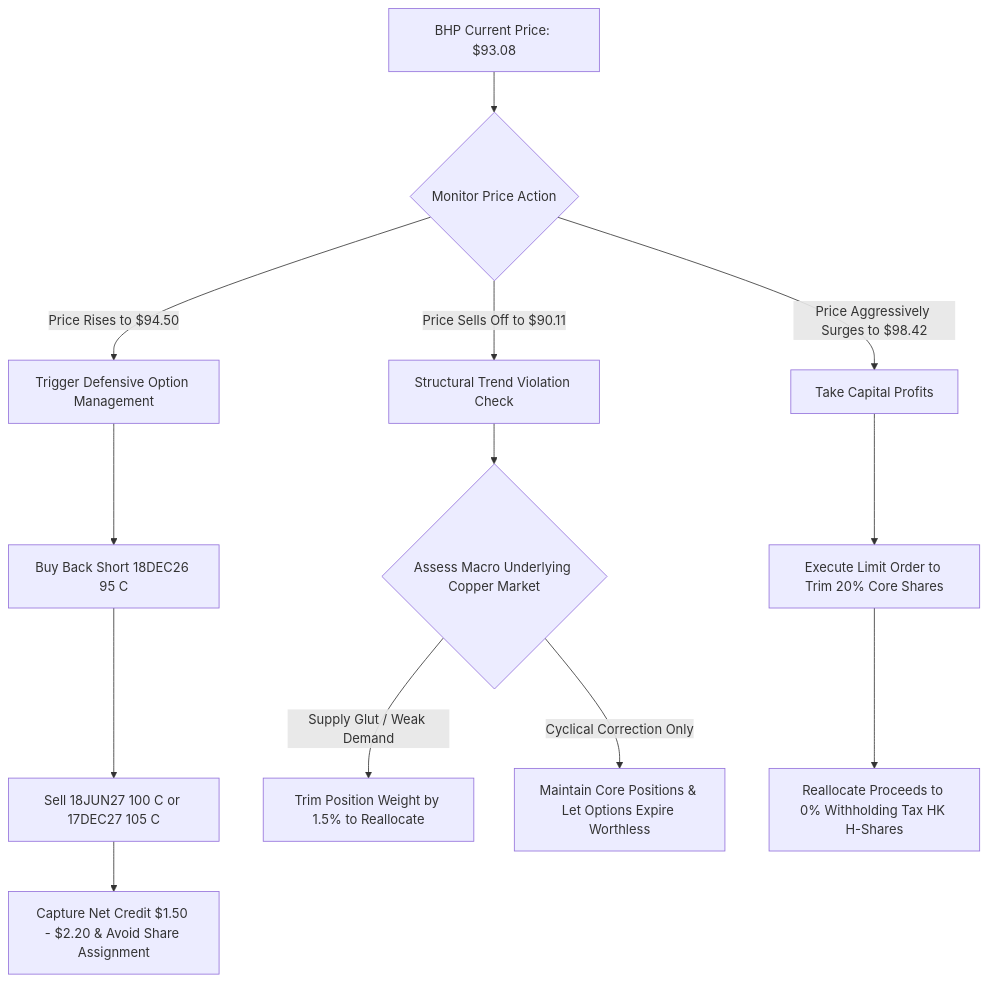
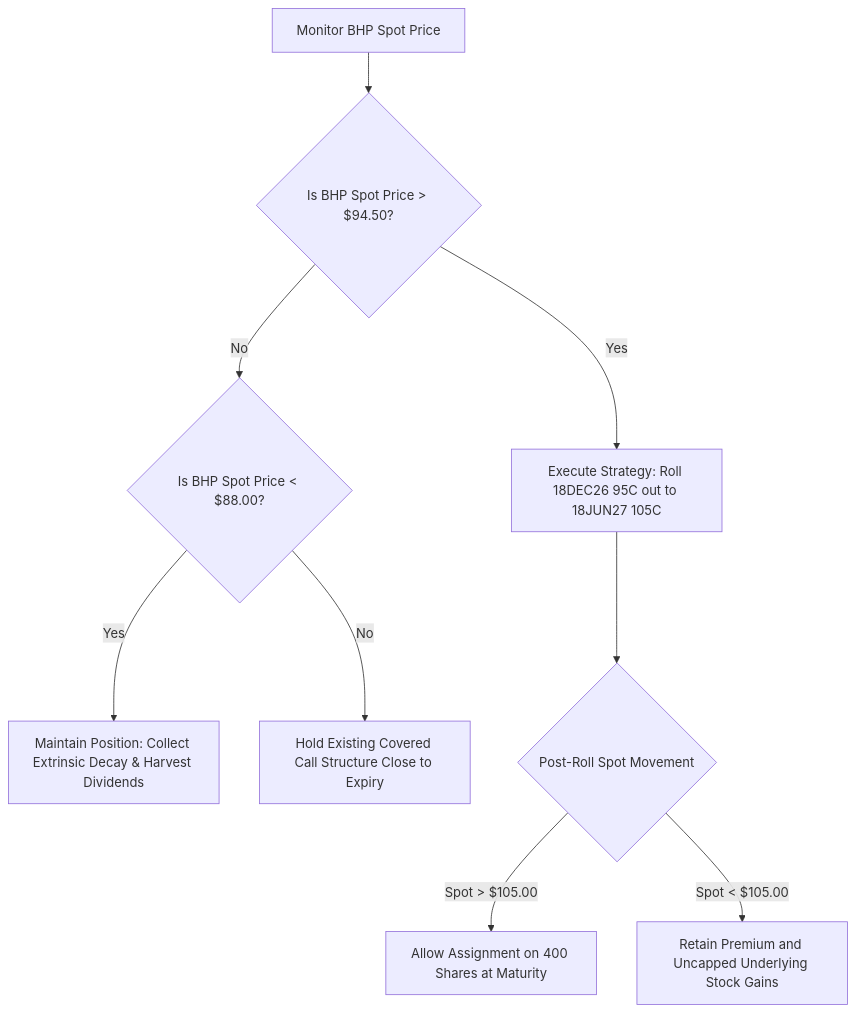
Before and after one commit to ray-oh/portal: the diagram in docs/BHP.md, drawn with Mermaid. The commit also changed other lines of this file, not shown here.

Commit message:
[Update] Automated upload via ChatFlow - docs/BHP.md

````diff
--- a/docs/BHP.md
+++ b/docs/BHP.md
@@ -45,15 +37,11 @@
-``` mermaid
+```mermaid
 graph TD
-A[BHP Current Price: $93.08] --> B{Monitor Price Action}
-B -->|Price Rises to $94.50| C[Trigger Defensive Option Management]
-C --> D[Buy Back Short 18DEC26 95 C]
-D --> E[Sell 18JUN27 100 C or 17DEC27 105 C]
-E --> F[Capture Net Credit $1.50 - $2.20 & Avoid Share Assignment]
-B -->|Price Sells Off to $90.11| G[Structural Trend Violation Check]
-G --> H{Assess Macro Underlying Copper Market}
-H -->|Supply Glut / Weak Demand| I[Trim Position Weight by 1.5% to Reallocate]
-H -->|Cyclical Correction Only| J[Maintain Core Positions & Let Options Expire Worthless]
-B -->|Price Aggressively Surges to $98.42| K[Take Capital Profits]
-K --> L[Execute Limit Order to Trim 20% Core Shares]
-L --> M[Reallocate Proceeds to 0% Withholding Tax HK H-Shares]
+A[Monitor BHP Spot Price] --> B{Is BHP Spot Price > $94.50?}
+B -- Yes --> C[Execute Strategy: Roll 18DEC26 95C out to 18JUN27 105C]
+B -- No --> D{Is BHP Spot Price < $88.00?}
+D -- Yes --> E[Maintain Position: Collect Extrinsic Decay & Harvest Dividends]
+D -- No --> F[Hold Existing Covered Call Structure Close to Expiry]
+C --> G{Post-Roll Spot Movement}
+G -->|Spot > $105.00| H[Allow Assignment on 400 Shares at Maturity]
+G -->|Spot < $105.00| I[Retain Premium and Uncapped Underlying Stock Gains]
 ```
````
